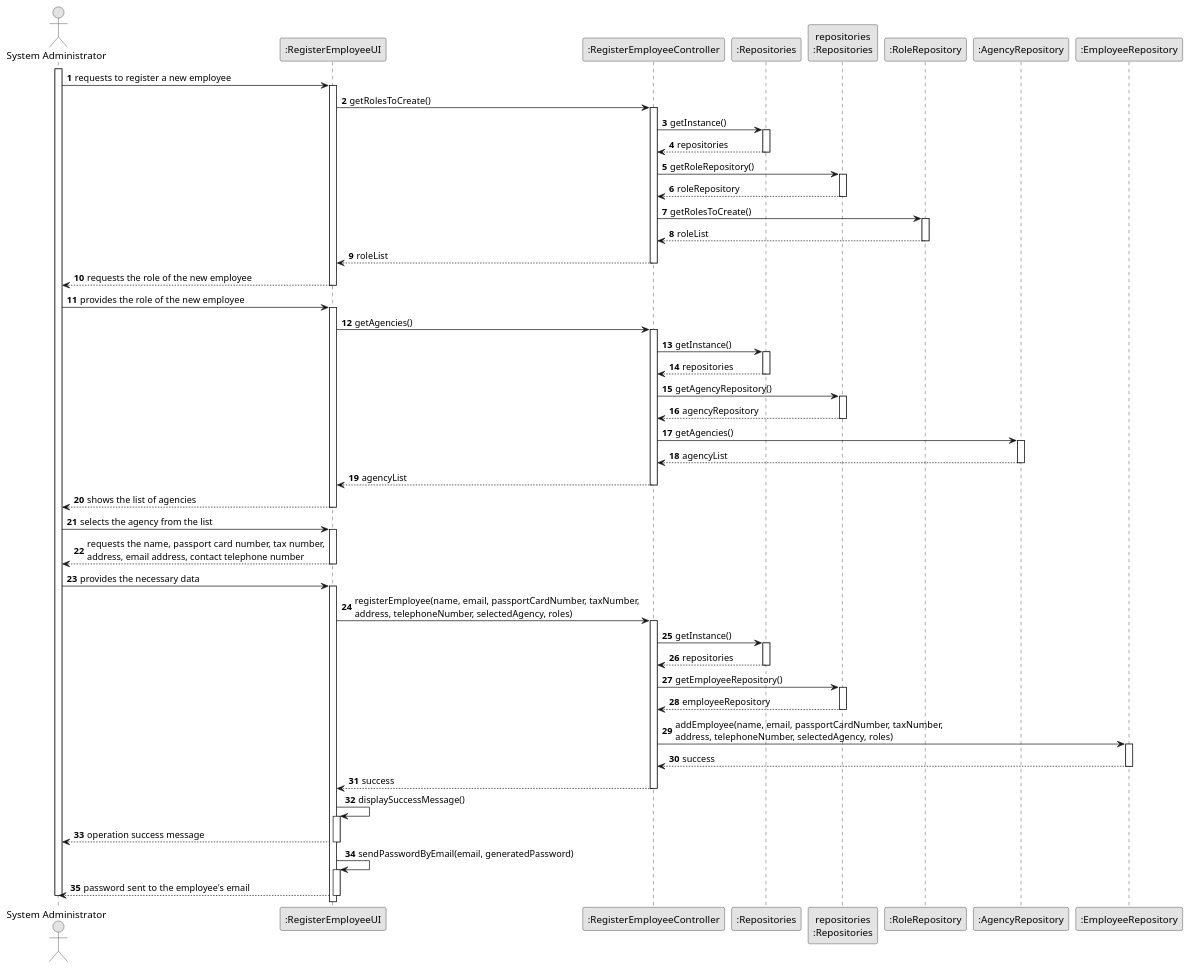
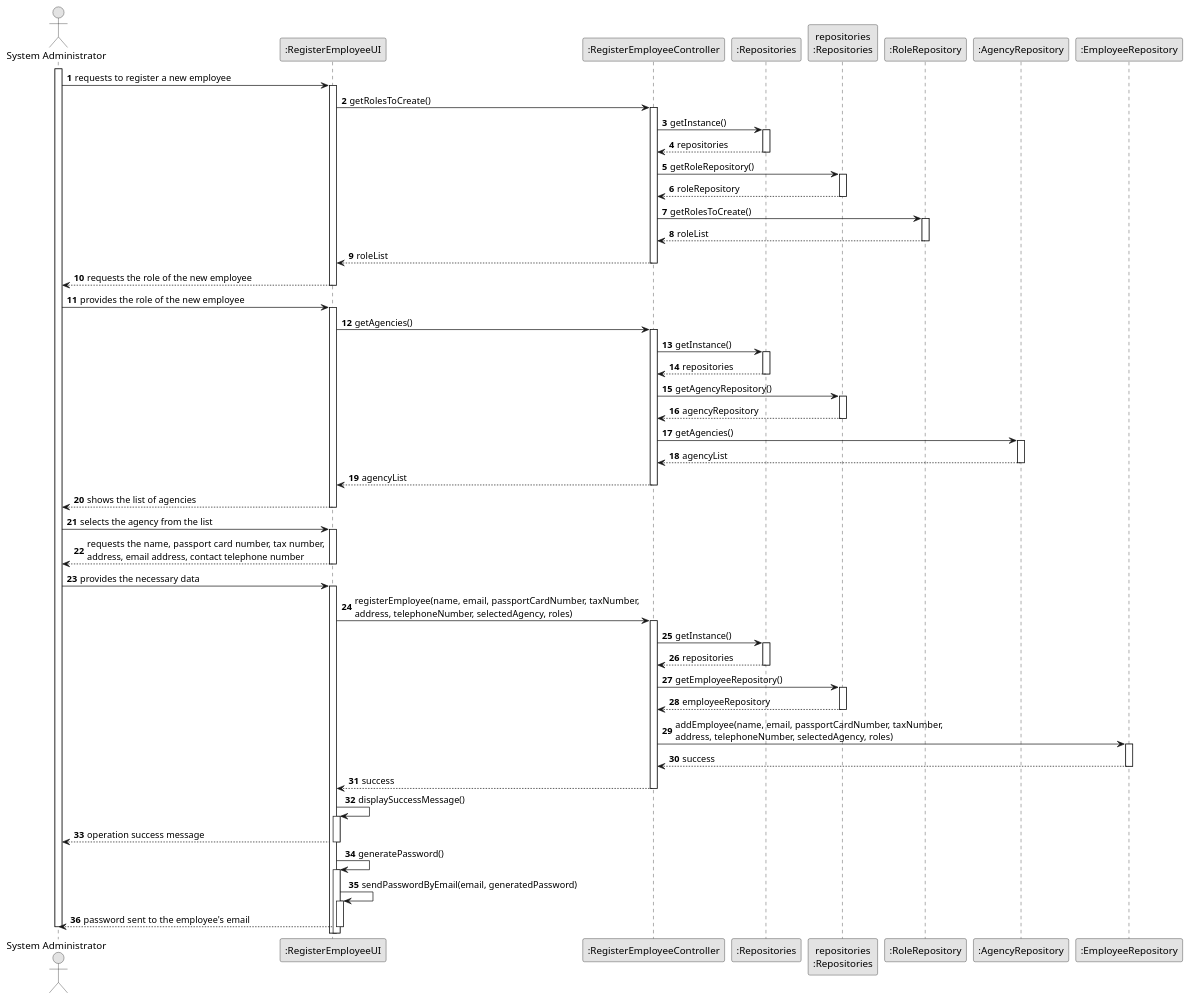
The diagram in docs/sprintB/us003/03.design/puml/us003-sequence-diagram.puml (Goncalves2525/real-estate-management-system), drawn with PlantUML before and after one commit. The commit also changed 110 other files, not shown here.

```diff
--- a/docs/sprintB/us003/03.design/puml/us003-sequence-diagram.puml
+++ b/docs/sprintB/us003/03.design/puml/us003-sequence-diagram.puml
@@ -1,126 +1,129 @@
 @startuml
 skinparam monochrome true
 skinparam packageStyle rectangle
 skinparam shadowing false
 
 autonumber
 
 actor "System Administrator" as sysAdmin
 participant ":RegisterEmployeeUI" as UI
 participant ":RegisterEmployeeController" as CTRL
 participant ":Repositories" as RepositorySingleton
 participant "repositories\n:Repositories" as PLAT
 participant ":RoleRepository" as RoleRepo
 participant ":AgencyRepository" as AgencyRepo
 participant ":EmployeeRepository" as EmployeeRepo
 
 activate sysAdmin
 
 sysAdmin -> UI : requests to register a new employee
 activate UI
 
 UI -> CTRL : getRolesToCreate()
 activate CTRL
 
 CTRL -> RepositorySingleton : getInstance()
 activate RepositorySingleton
 
 RepositorySingleton --> CTRL: repositories
 deactivate RepositorySingleton
 
 CTRL -> PLAT : getRoleRepository()
 activate PLAT
 
 PLAT --> CTRL: roleRepository
 deactivate PLAT
 
 CTRL -> RoleRepo : getRolesToCreate()
 activate RoleRepo
 
 RoleRepo --> CTRL : roleList
 deactivate RoleRepo
 
 CTRL --> UI : roleList
 deactivate CTRL
 
 UI --> sysAdmin : requests the role of the new employee
 deactivate UI
 
 sysAdmin -> UI : provides the role of the new employee
 activate UI
 
 UI -> CTRL : getAgencies()
 activate CTRL
 
 CTRL -> RepositorySingleton : getInstance()
 activate RepositorySingleton
 
 RepositorySingleton --> CTRL: repositories
 deactivate RepositorySingleton
 
 CTRL -> PLAT : getAgencyRepository()
 activate PLAT
 
 PLAT --> CTRL: agencyRepository
 deactivate PLAT
 
 CTRL -> AgencyRepo : getAgencies()
 activate AgencyRepo
 
 AgencyRepo --> CTRL : agencyList
 deactivate AgencyRepo
 
 CTRL --> UI : agencyList
 deactivate CTRL
 
 UI --> sysAdmin : shows the list of agencies
 deactivate UI
 
 sysAdmin -> UI : selects the agency from the list
 activate UI
 
 UI --> sysAdmin : requests the name, passport card number, tax number,\naddress, email address, contact telephone number
 deactivate UI
 
 sysAdmin -> UI : provides the necessary data
 activate UI
 
 UI -> CTRL : registerEmployee(name, email, passportCardNumber, taxNumber, \naddress, telephoneNumber, selectedAgency, roles)
 activate CTRL
 
 CTRL -> RepositorySingleton : getInstance()
 activate RepositorySingleton
 
 RepositorySingleton --> CTRL: repositories
 deactivate RepositorySingleton
 
 CTRL -> PLAT : getEmployeeRepository()
 activate PLAT
 
 PLAT --> CTRL: employeeRepository
 deactivate PLAT
 
 CTRL -> EmployeeRepo : addEmployee(name, email, passportCardNumber, taxNumber, \naddress, telephoneNumber, selectedAgency, roles)
 activate EmployeeRepo
 
 EmployeeRepo --> CTRL : success
 deactivate EmployeeRepo
 
 CTRL --> UI : success
 deactivate CTRL
 
 UI -> UI : displaySuccessMessage()
 activate UI
 
 UI --> sysAdmin : operation success message
 deactivate UI
 
+UI -> UI : generatePassword()
+activate UI
+
 UI -> UI : sendPasswordByEmail(email, generatedPassword)
 activate UI
 
 UI --> sysAdmin : password sent to the employee's email
 deactivate UI
 
 deactivate sysAdmin
 
 @enduml
```
